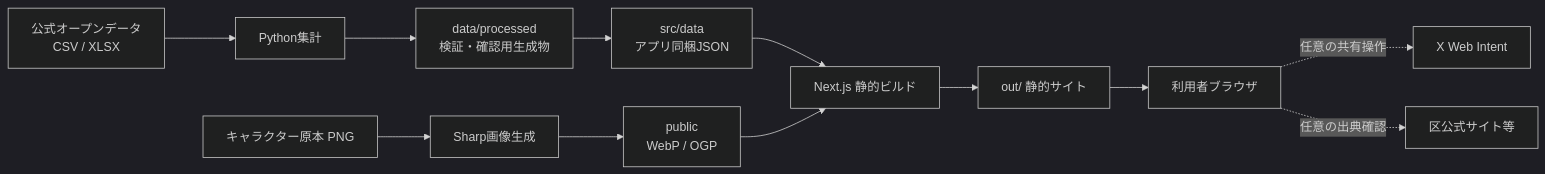
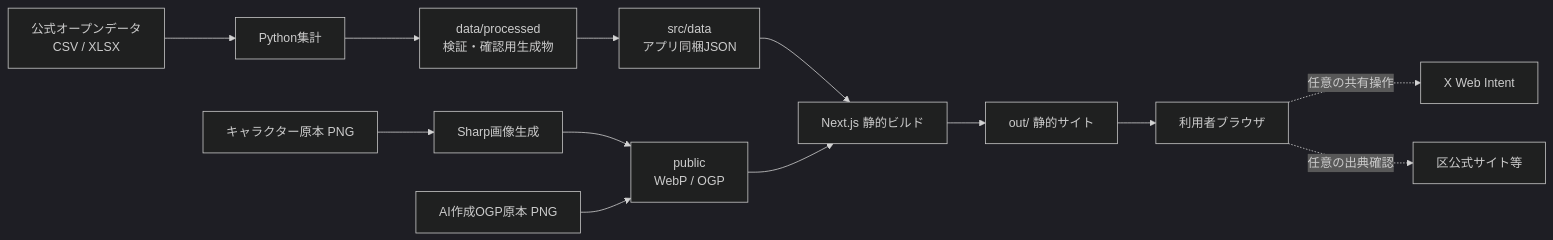
One commit to FukaseDaichi/TokyoOpenDataHackathon changed the first of 2 diagrams in docs/system-design/01-system-overview.md. Above: the diagram before and after it, drawn with Mermaid (dark theme). The commit also changed other lines of this file and 9 other files, not shown here.

````diff
--- a/docs/system-design/01-system-overview.md
+++ b/docs/system-design/01-system-overview.md
@@ -9,14 +9,15 @@
 ```mermaid
 flowchart LR
   Raw["公式オープンデータ\nCSV / XLSX"] --> Py["Python集計"]
   Py --> Processed["data/processed\n検証・確認用生成物"]
   Processed --> Snapshot["src/data\nアプリ同梱JSON"]
   Assets["キャラクター原本 PNG"] --> Sharp["Sharp画像生成"]
   Sharp --> Public["public\nWebP / OGP"]
+  OgArt["AI作成OGP原本 PNG"] --> Public
   Snapshot --> Next["Next.js 静的ビルド"]
   Public --> Next
   Next --> Out["out/ 静的サイト"]
   Out --> Browser["利用者ブラウザ"]
   Browser -. "任意の共有操作" .-> X["X Web Intent"]
   Browser -. "任意の出典確認" .-> Sources["区公式サイト等"]
 ```
````
